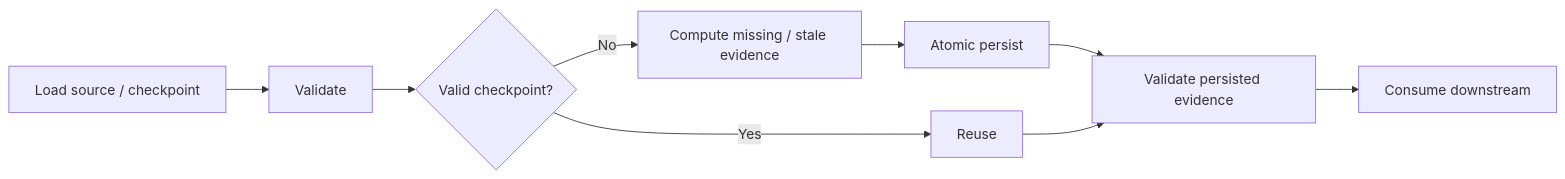
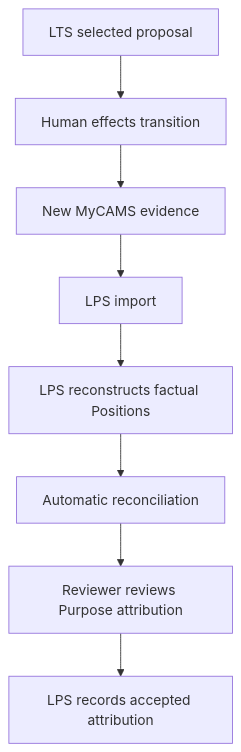
Before and after one commit to rrajeshkannan/lakshya: the second of 2 diagrams in docs/Lakshya_Pipeline_Sequence.md, drawn with Mermaid. The commit also changed other lines of this file, not shown here.

Commit message:
docs: align pipeline sequence with domain boundary freeze

````diff
--- a/docs/Lakshya_Pipeline_Sequence.md
+++ b/docs/Lakshya_Pipeline_Sequence.md
@@ -581,11 +261,10 @@
 ```mermaid
-flowchart LR
-    A[Load source / checkpoint] --> B[Validate]
-    B --> C{Valid checkpoint?}
-    C -->|Yes| D[Reuse]
-    C -->|No| E[Compute missing / stale evidence]
-    E --> F[Atomic persist]
-    F --> G[Validate persisted evidence]
-    D --> G
-    G --> H[Consume downstream]
+flowchart TD
+    A[LTS selected proposal] --> B[Human effects transition]
+    B --> C[New MyCAMS evidence]
+    C --> D[LPS import]
+    D --> E[LPS reconstructs factual Positions]
+    E --> F[Automatic reconciliation]
+    F --> G[Reviewer reviews Purpose attribution]
+    G --> H[LPS records accepted attribution]
 ```
````
